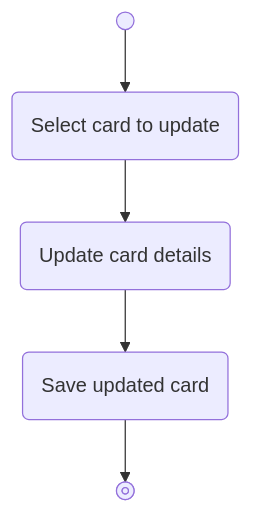
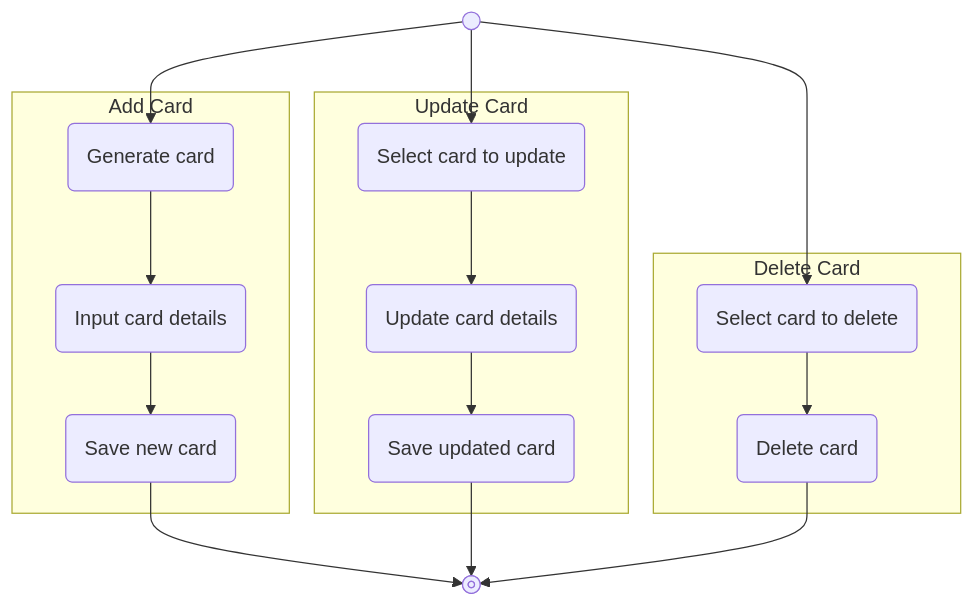
One commit to HillSheepStudios/poc-reqops changed the second of 2 diagrams in diagnostic docs/ideas.md. Above: the diagram before and after it, drawn with Mermaid. The commit also changed other lines of this file and 2 other files, not shown here.

Commit message:
docs: refactor the roadmap structure

````diff
--- a/diagnostic docs/ideas.md
+++ b/diagnostic docs/ideas.md
@@ -75,10 +31,25 @@
 ```mermaid
 graph TB
     s@{ shape: start, label: "start"}
     e@{ shape: stop, label: "end"}
-    f5a1@{ shape: rounded, label: "Select card to update"}
-    f5a2@{ shape: rounded, label: "Update card details"}
-    f5a3@{ shape: rounded, label: "Save updated card"}
+    subgraph Add Card
+        f4a1@{ shape: rounded, label: "Generate card"}
+        f4a2@{ shape: rounded, label: "Input card details"}
+        f4a3@{ shape: rounded, label: "Save new card"}
+        f4a1-->f4a2-->f4a3
+    end
+    subgraph Update Card
+        f5a1@{ shape: rounded, label: "Select card to update"}
+        f5a2@{ shape: rounded, label: "Update card details"}
+        f5a3@{ shape: rounded, label: "Save updated card"}
+        f5a1-->f5a2-->f5a3
+    end
+    subgraph Delete Card
+        f6a1@{ shape: rounded, label: "Select card to delete"}
+        f6a2@{ shape: rounded, label: "Delete card"}
+        f6a1-->f6a2
+    end
     
-    s-->f5a1 --> f5a2 --> f5a3-->e
+    s-->f4a1 & f5a1 & f6a1
+    f4a3 & f5a3 & f6a2-->e
 ```
````
